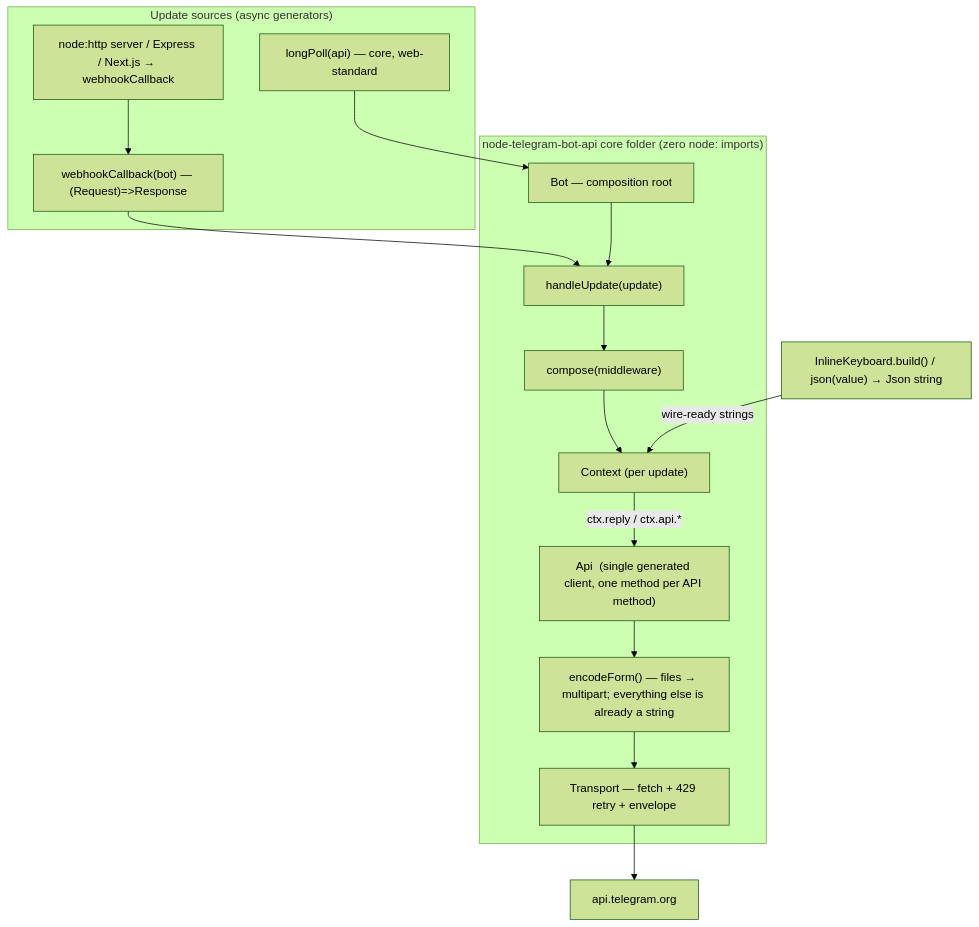
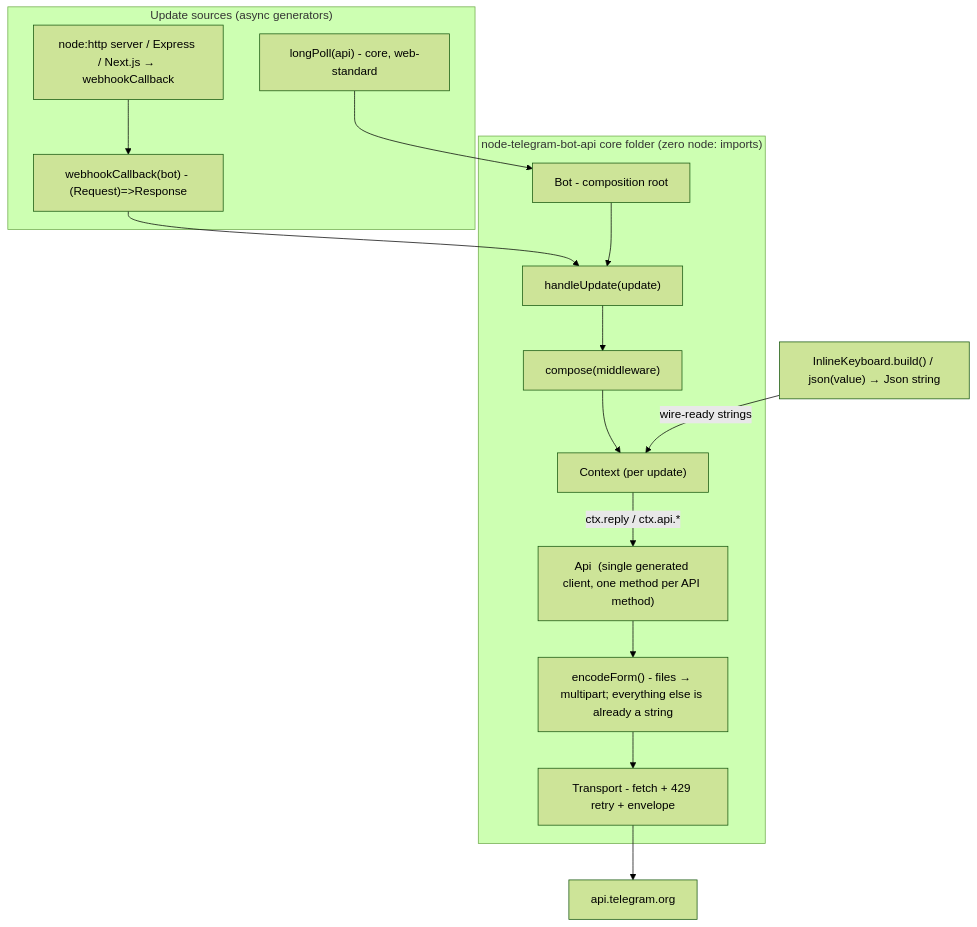
One commit to yagop/node-telegram-bot-api changed the diagram in redesign/ARCHITECTURE.md. Above: the diagram before and after it, drawn with Mermaid (forest theme). The commit also changed other lines of this file and 43 other files, not shown here.

````diff
--- a/redesign/ARCHITECTURE.md
+++ b/redesign/ARCHITECTURE.md
@@ -65,27 +65,27 @@
 ```mermaid
 flowchart TD
   subgraph sources["Update sources (async generators)"]
-    P["longPoll(api) — core, web-standard"]
-    WCB["webhookCallback(bot) — (Request)=>Response"]
+    P["longPoll(api) - core, web-standard"]
+    WCB["webhookCallback(bot) - (Request)=>Response"]
     NSrv["node:http server / Express / Next.js → webhookCallback"]
   end
 
   subgraph core["node-telegram-bot-api core folder (zero node: imports)"]
-    BOT["Bot — composition root"]
+    BOT["Bot - composition root"]
     DISP["handleUpdate(update)"]
     COMP["compose(middleware)"]
     CTX["Context (per update)"]
     API["Api  (single generated client, one method per API method)"]
-    ENC["encodeForm() — files → multipart; everything else is already a string"]
-    TR["Transport — fetch + 429 retry + envelope"]
+    ENC["encodeForm() - files → multipart; everything else is already a string"]
+    TR["Transport - fetch + 429 retry + envelope"]
   end
 
   BLD["InlineKeyboard.build() / json(value) → Json<T> string"]
 
   P --> BOT
   WCB --> DISP
   NSrv --> WCB
   BOT --> DISP --> COMP --> CTX
   BLD -->|wire-ready strings| CTX
   CTX -->|ctx.reply / ctx.api.*| API --> ENC --> TR --> TG["api.telegram.org"]
 ```
````
